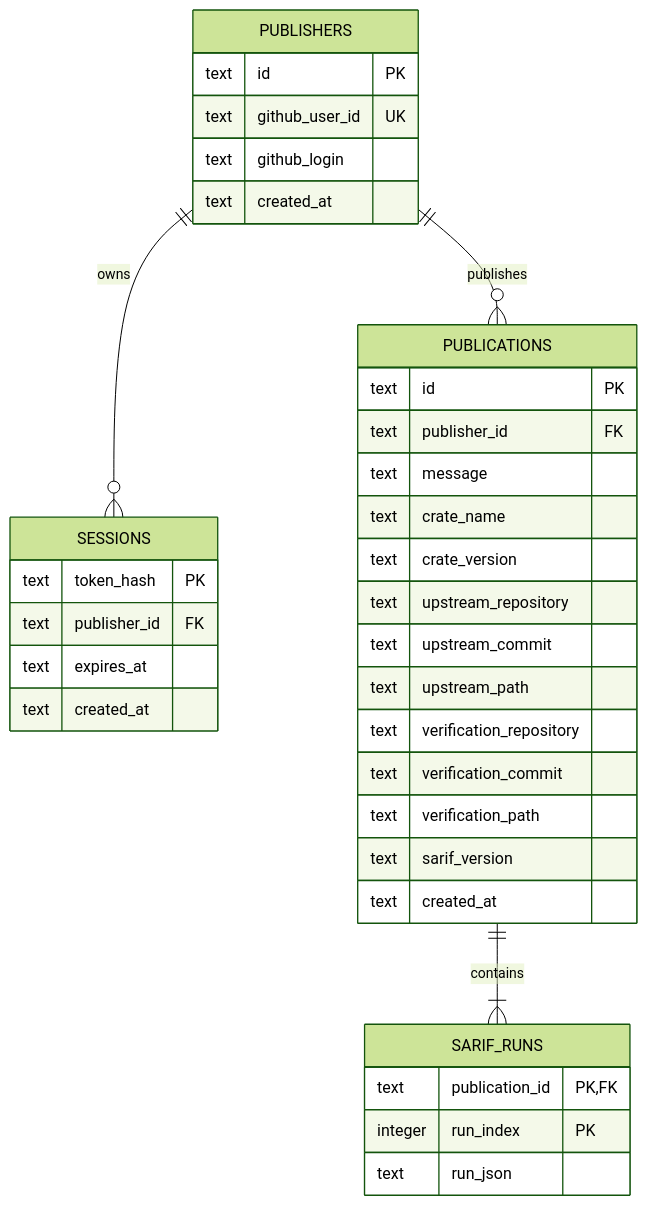
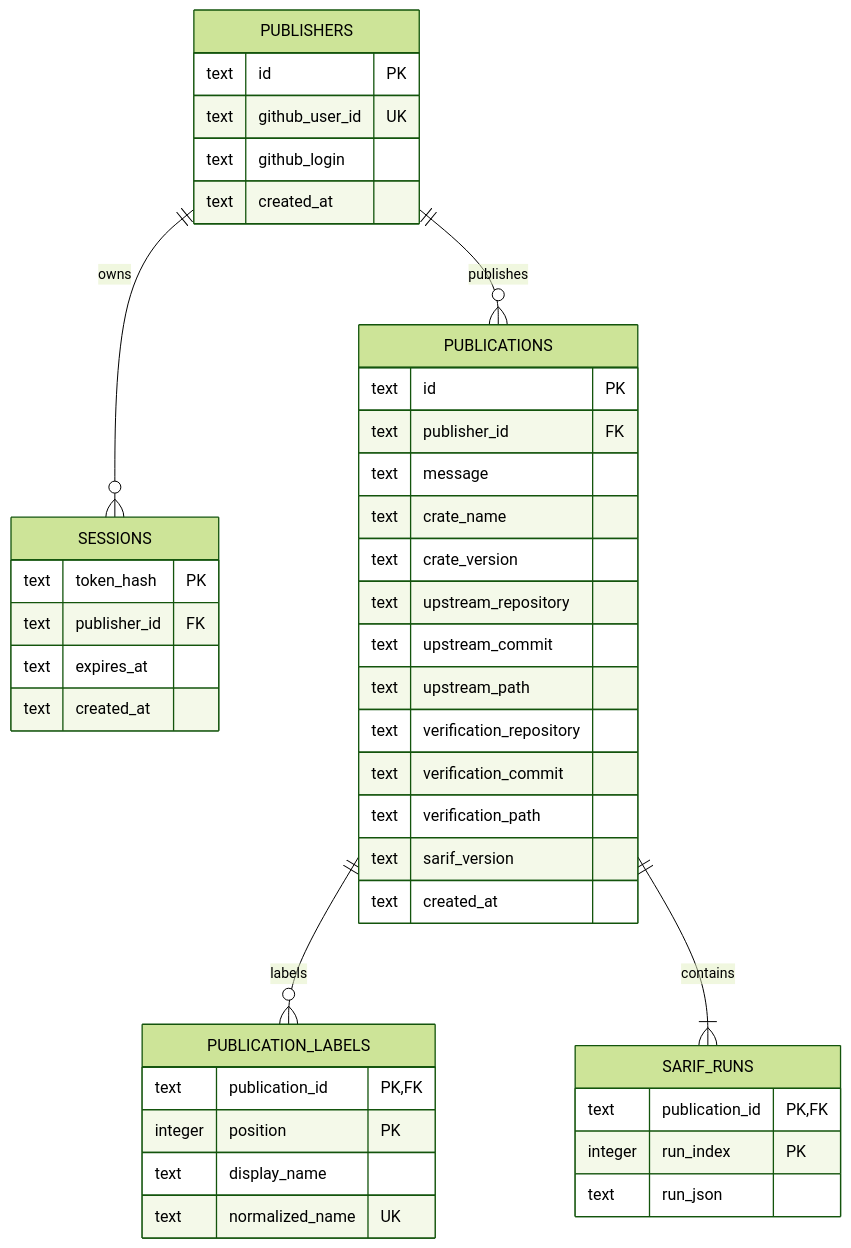
One commit to nyuichi/proofs-rs changed the second of 2 diagrams in docs/architecture.md. Above: the diagram before and after it, drawn with Mermaid (forest theme). The commit also changed other lines of this file and 13 other files, not shown here.

````diff
--- a/docs/architecture.md
+++ b/docs/architecture.md
@@ -30,39 +30,46 @@
 ```mermaid
 erDiagram
   PUBLISHERS ||--o{ SESSIONS : owns
   PUBLISHERS ||--o{ PUBLICATIONS : publishes
+  PUBLICATIONS ||--o{ PUBLICATION_LABELS : labels
   PUBLICATIONS ||--|{ SARIF_RUNS : contains
 
   PUBLISHERS {
     text id PK
     text github_user_id UK
     text github_login
     text created_at
   }
   SESSIONS {
     text token_hash PK
     text publisher_id FK
     text expires_at
     text created_at
   }
   PUBLICATIONS {
     text id PK
     text publisher_id FK
     text message
     text crate_name
     text crate_version
     text upstream_repository
     text upstream_commit
     text upstream_path
     text verification_repository
     text verification_commit
     text verification_path
     text sarif_version
     text created_at
   }
   SARIF_RUNS {
     text publication_id PK,FK
     integer run_index PK
     text run_json
   }
+  PUBLICATION_LABELS {
+    text publication_id PK,FK
+    integer position PK
+    text display_name
+    text normalized_name UK
+  }
 ```
````
